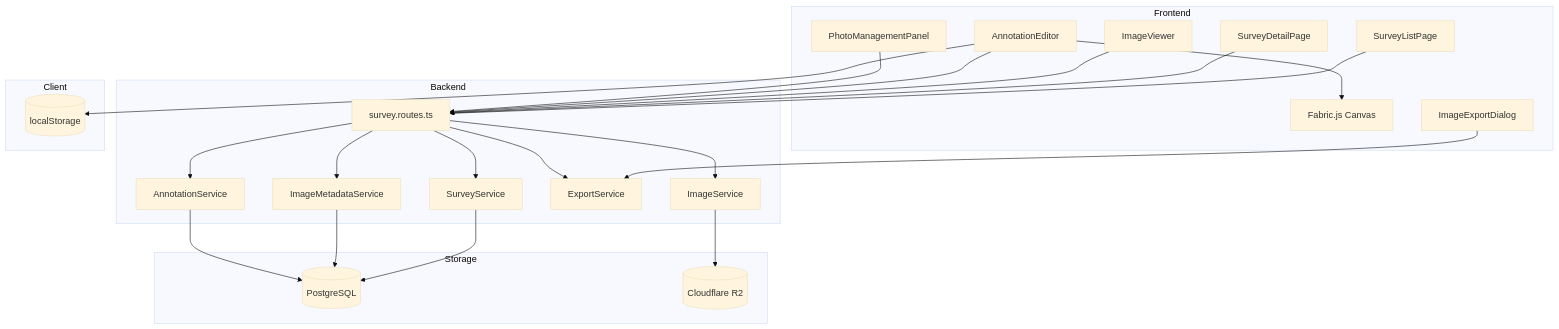
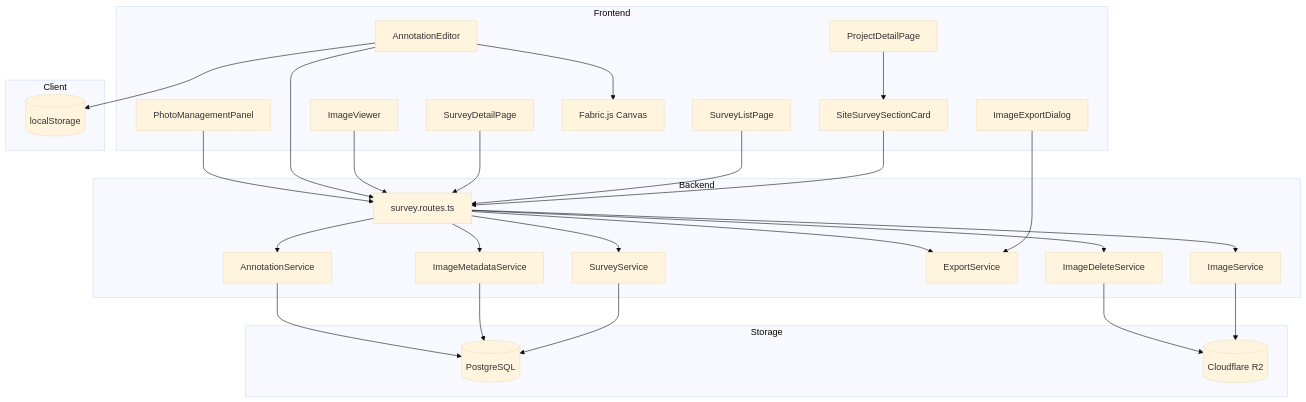
The first of 10 diagrams in .kiro/specs/site-survey/design.md (inakanou/ArchiTrack), drawn with Mermaid (base theme) before and after one commit. The commit also changed other lines of this file and 65 other files, not shown here.

````diff
--- a/.kiro/specs/site-survey/design.md
+++ b/.kiro/specs/site-survey/design.md
@@ -59,51 +62,58 @@
 ```mermaid
 graph TB
     subgraph Frontend
+        ProjectDetailPage[ProjectDetailPage]
+        SiteSurveySectionCard[SiteSurveySectionCard]
         SurveyListPage[SurveyListPage]
         SurveyDetailPage[SurveyDetailPage]
         ImageViewer[ImageViewer]
         AnnotationEditor[AnnotationEditor]
         CanvasEngine[Fabric.js Canvas]
         PhotoManagementPanel[PhotoManagementPanel]
         ImageExportDialog[ImageExportDialog]
     end
 
     subgraph Backend
         SurveyRoutes[survey.routes.ts]
         SurveyService[SurveyService]
         ImageService[ImageService]
         AnnotationService[AnnotationService]
         ExportService[ExportService]
         ImageMetadataService[ImageMetadataService]
+        ImageDeleteService[ImageDeleteService]
     end
 
     subgraph Storage
         PostgreSQL[(PostgreSQL)]
         R2[(Cloudflare R2)]
     end
 
     subgraph Client
         LocalStorage[(localStorage)]
     end
 
+    ProjectDetailPage --> SiteSurveySectionCard
+    SiteSurveySectionCard --> SurveyRoutes
     SurveyListPage --> SurveyRoutes
     SurveyDetailPage --> SurveyRoutes
     ImageViewer --> SurveyRoutes
     AnnotationEditor --> CanvasEngine
     AnnotationEditor --> SurveyRoutes
     PhotoManagementPanel --> SurveyRoutes
     ImageExportDialog --> ExportService
 
     SurveyRoutes --> SurveyService
     SurveyRoutes --> ImageService
     SurveyRoutes --> AnnotationService
     SurveyRoutes --> ExportService
     SurveyRoutes --> ImageMetadataService
+    SurveyRoutes --> ImageDeleteService
 
     SurveyService --> PostgreSQL
     ImageService --> R2
     ImageMetadataService --> PostgreSQL
+    ImageDeleteService --> R2
     AnnotationService --> PostgreSQL
 
     AnnotationEditor --> LocalStorage
 ```
````
